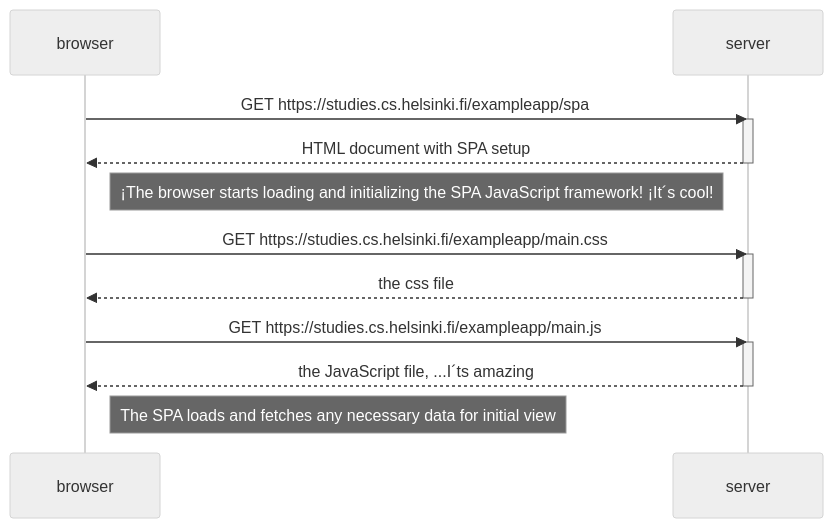
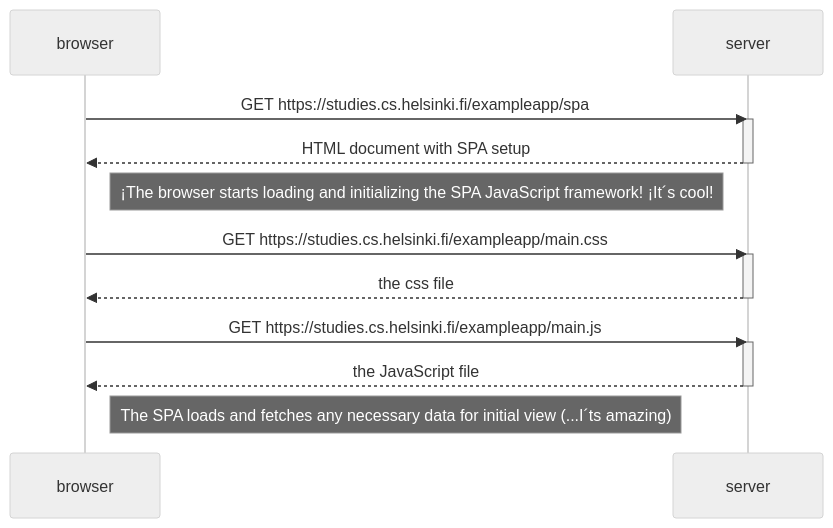
The diagram in part_0/05_single_page_application_diagram.md (MCosuna/full-stack-open), drawn with Mermaid (neutral theme) before and after one commit.

````diff
--- a/part_0/05_single_page_application_diagram.md
+++ b/part_0/05_single_page_application_diagram.md
@@ -1,24 +1,24 @@
 ```mermaid
 sequenceDiagram
     participant browser
     participant server
 
     browser->>server: GET https://studies.cs.helsinki.fi/exampleapp/spa
     activate server
     server-->>browser: HTML document with SPA setup
     deactivate server
 
     Note right of browser: ¡The browser starts loading and initializing the SPA JavaScript framework! ¡It´s cool!
 
     browser->>server: GET https://studies.cs.helsinki.fi/exampleapp/main.css
     activate server
     server-->>browser: the css file
     deactivate server
 
     browser->>server: GET https://studies.cs.helsinki.fi/exampleapp/main.js
     activate server
-    server-->>browser: the JavaScript file, ...I´ts amazing
+    server-->>browser: the JavaScript file
     deactivate server
 
-    Note right of browser: The SPA loads and fetches any necessary data for initial view
+    Note right of browser: The SPA loads and fetches any necessary data for initial view (...I´ts amazing)
 ```
````
